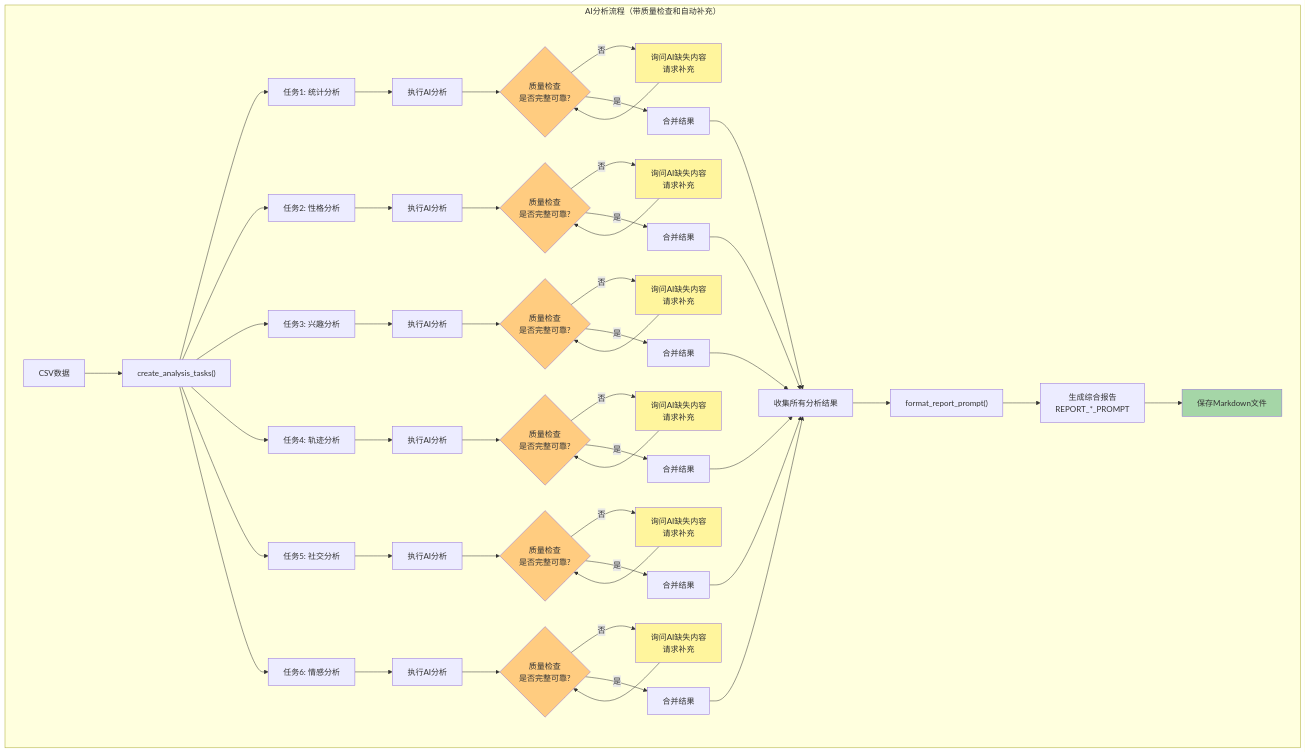
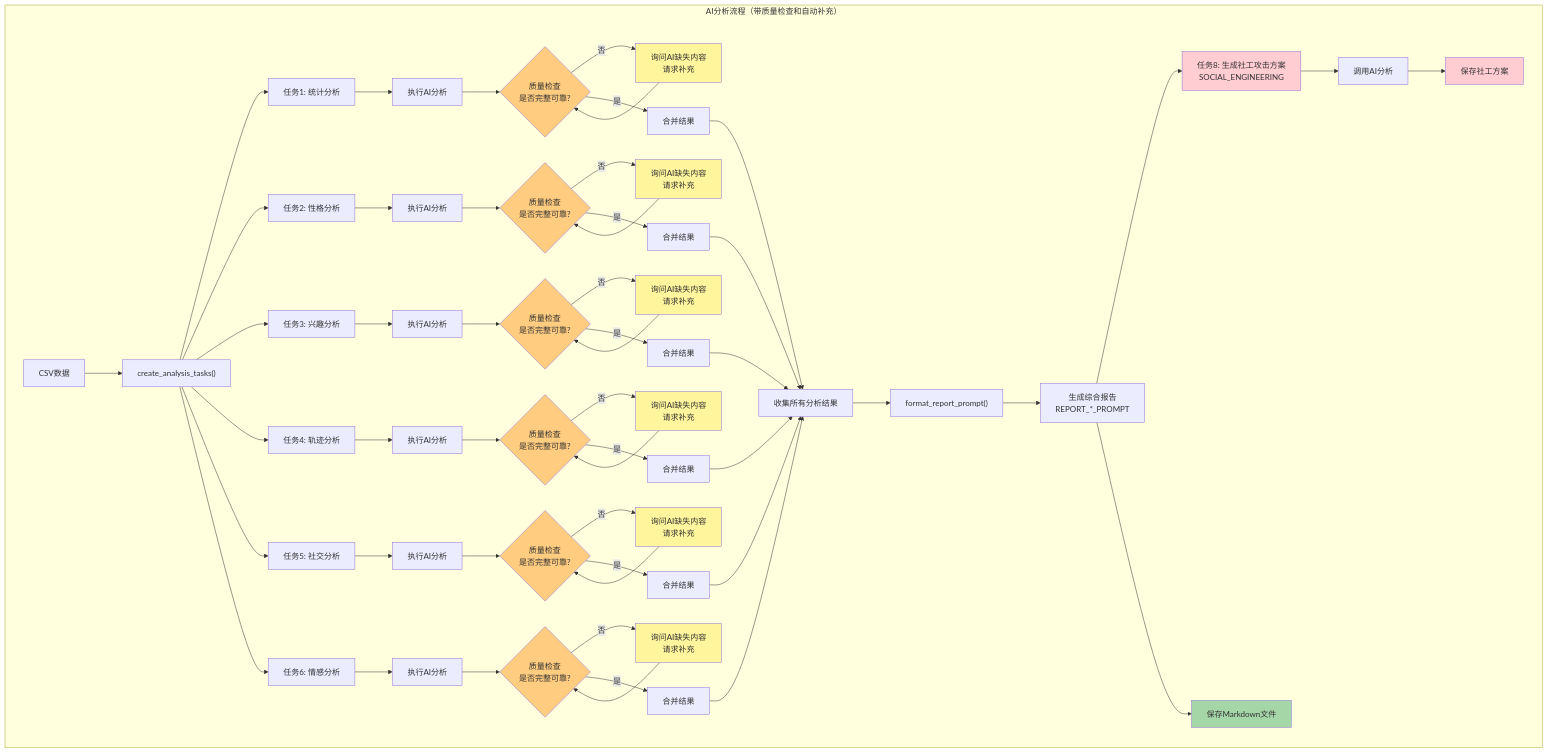
Before and after one commit to CuteCuteYu/the_evil: the fourth of 7 diagrams in 项目结构图.md, drawn with Mermaid. The commit also changed other lines of this file and 13 other files, not shown here.

````diff
--- a/项目结构图.md
+++ b/项目结构图.md
@@ -198,73 +203,80 @@
 ```mermaid
 graph TB
     subgraph "AI分析流程（带质量检查和自动补充）"
         Start["CSV数据"] --> Tasks["create_analysis_tasks()"]
 
         Tasks --> T1["任务1: 统计分析"]
         Tasks --> T2["任务2: 性格分析"]
         Tasks --> T3["任务3: 兴趣分析"]
         Tasks --> T4["任务4: 轨迹分析"]
         Tasks --> T5["任务5: 社交分析"]
         Tasks --> T6["任务6: 情感分析"]
 
         T1 --> Exec1["执行AI分析"]
         T2 --> Exec2["执行AI分析"]
         T3 --> Exec3["执行AI分析"]
         T4 --> Exec4["执行AI分析"]
         T5 --> Exec5["执行AI分析"]
         T6 --> Exec6["执行AI分析"]
 
         Exec1 --> QC1{质量检查<br/>是否完整可靠?}
         Exec2 --> QC2{质量检查<br/>是否完整可靠?}
         Exec3 --> QC3{质量检查<br/>是否完整可靠?}
         Exec4 --> QC4{质量检查<br/>是否完整可靠?}
         Exec5 --> QC5{质量检查<br/>是否完整可靠?}
         Exec6 --> QC6{质量检查<br/>是否完整可靠?}
 
         QC1 -->|否| Supp1["询问AI缺失内容<br/>请求补充"]
         QC2 -->|否| Supp2["询问AI缺失内容<br/>请求补充"]
         QC3 -->|否| Supp3["询问AI缺失内容<br/>请求补充"]
         QC4 -->|否| Supp4["询问AI缺失内容<br/>请求补充"]
         QC5 -->|否| Supp5["询问AI缺失内容<br/>请求补充"]
         QC6 -->|否| Supp6["询问AI缺失内容<br/>请求补充"]
 
         Supp1 --> QC1
         Supp2 --> QC2
         Supp3 --> QC3
         Supp4 --> QC4
         Supp5 --> QC5
         Supp6 --> QC6
 
         QC1 -->|是| Merge1["合并结果"]
         QC2 -->|是| Merge2["合并结果"]
         QC3 -->|是| Merge3["合并结果"]
         QC4 -->|是| Merge4["合并结果"]
         QC5 -->|是| Merge5["合并结果"]
         QC6 -->|是| Merge6["合并结果"]
 
         Merge1 --> Results["收集所有分析结果"]
         Merge2 --> Results
         Merge3 --> Results
         Merge4 --> Results
         Merge5 --> Results
         Merge6 --> Results
 
         Results --> Report["format_report_prompt()"]
         Report --> Final["生成综合报告<br/>REPORT_*_PROMPT"]
+        
+        Final --> SE["任务8: 生成社工攻击方案<br/>SOCIAL_ENGINEERING"]
+        SE --> SECall["调用AI分析"]
+        SECall --> SESave["保存社工方案"]
+
         Final --> Output["保存Markdown文件"]
     end
 
     style QC1 fill:#ffcc80
     style QC2 fill:#ffcc80
     style QC3 fill:#ffcc80
     style QC4 fill:#ffcc80
     style QC5 fill:#ffcc80
     style QC6 fill:#ffcc80
     style Supp1 fill:#fff59d
     style Supp2 fill:#fff59d
     style Supp3 fill:#fff59d
     style Supp4 fill:#fff59d
     style Supp5 fill:#fff59d
     style Supp6 fill:#fff59d
     style Output fill:#a5d6a7
+    style SE fill:#ffcdd2
+    style SESave fill:#ffcdd2
 ```
````
